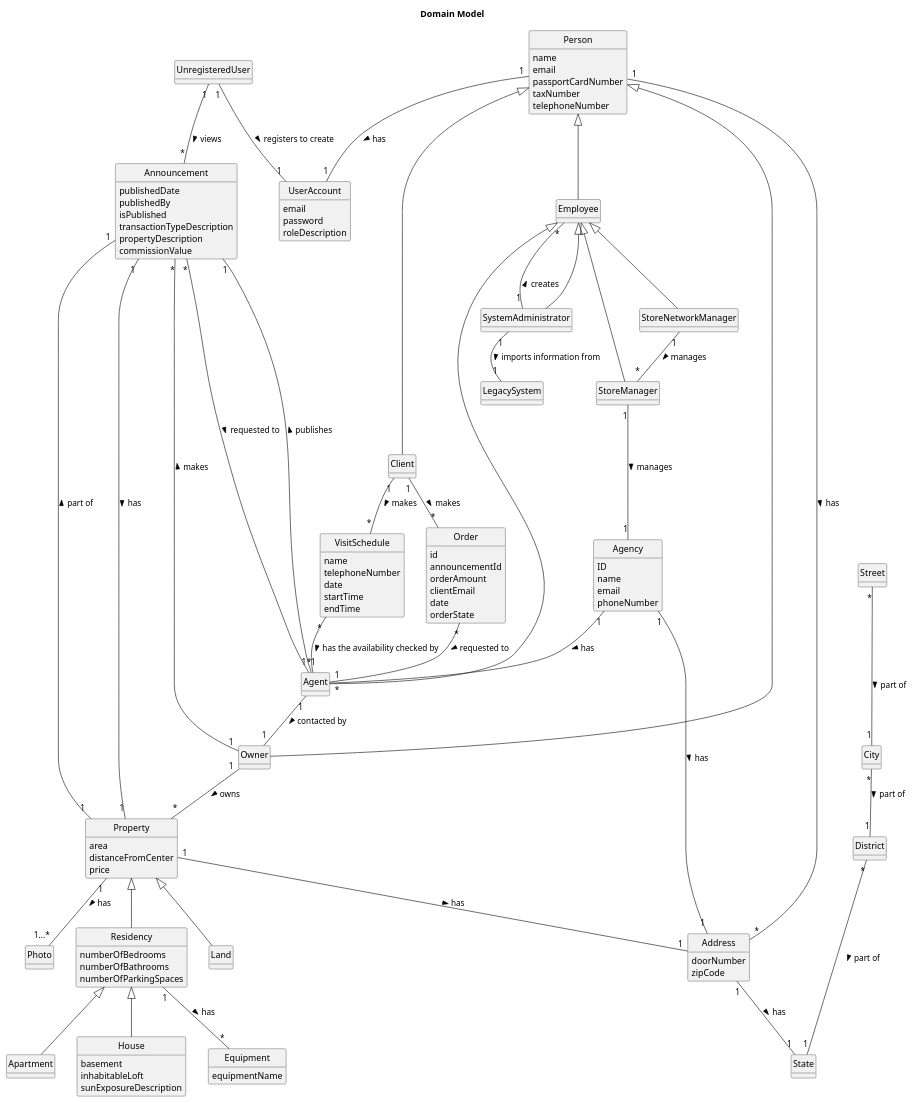
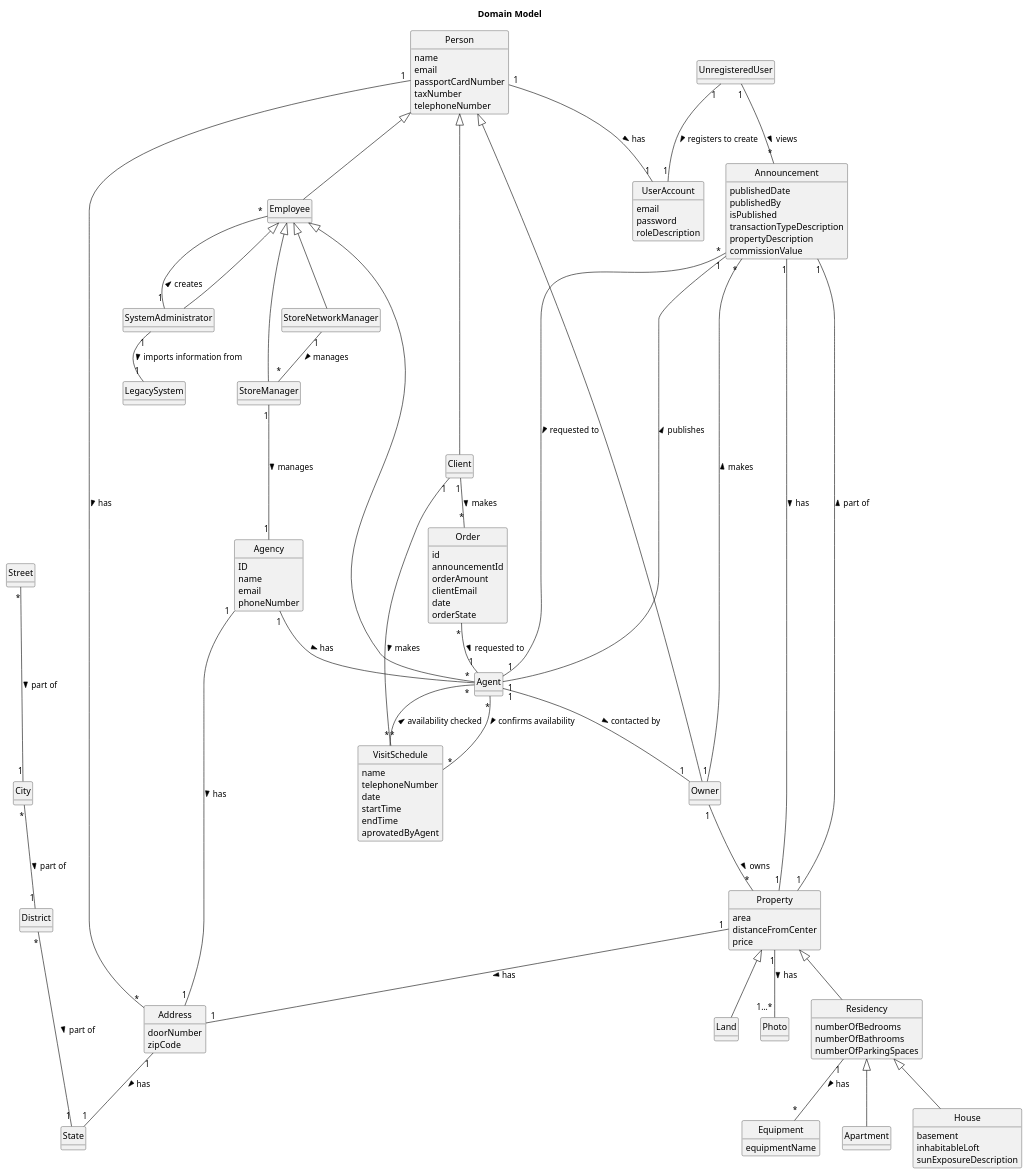
The diagram in docs/sprintC/global-artifacts/02.analysis/puml/project-domain-model.puml (Goncalves2525/real-estate-management-system), drawn with PlantUML before and after one commit. The commit also changed 5 other files, not shown here.

```diff
--- a/docs/sprintC/global-artifacts/02.analysis/puml/project-domain-model.puml
+++ b/docs/sprintC/global-artifacts/02.analysis/puml/project-domain-model.puml
@@ -1,177 +1,179 @@
 @startuml
 skinparam monochrome true
 skinparam packageStyle rectangle
 skinparam shadowing false
 skinparam classAttributeIconSize 0
 'skinparam linetype ortho
 hide circle
 hide methods
 
 title Domain Model
 
 class Client extends Person{
 }
 
 class Owner extends Person {
 }
 
 class Employee extends Person{
 }
 
 class Agent extends Employee{
 }
 
 class Order{
     id
     announcementId
     orderAmount
     clientEmail
     date
     orderState
 }
 
 class UserAccount {
     email
     password
     roleDescription
 }
 
 class Person{
     name
     email
     passportCardNumber
     taxNumber
     telephoneNumber
 }
 
 class Agency{
     ID
     name
     email
     phoneNumber
 }
 
 class Property{
     area
     distanceFromCenter
     price
 }
 
 class Photo {
 }
 
 class Address{
     doorNumber
     zipCode
 }
 
 
 class City{
 }
 
 class District{
 }
 
 class State{
 }
 
 class Street{
 }
 
 class Apartment extends Residency{
 }
 
 class House extends Residency{
     basement
     inhabitableLoft
     sunExposureDescription
 
 }
 
 class Residency extends Property{
     numberOfBedrooms
     numberOfBathrooms
     numberOfParkingSpaces
 
 }
 
 class Announcement{
     publishedDate
     publishedBy
     isPublished
     transactionTypeDescription
     propertyDescription
     commissionValue
 }
 
 
 
 
 class Land extends Property{
 }
 
 class Equipment{
     equipmentName
 }
 
 
 
 class SystemAdministrator extends Employee{
 }
 
 class StoreManager extends Employee{
 }
 
 class StoreNetworkManager extends Employee{
 }
 
 
 
 class UnregisteredUser{
 }
 
 class VisitSchedule{
     name
     telephoneNumber
     date
     startTime
     endTime
+    aprovatedByAgent
 }
 
 class LegacySystem{
 }
 
 'class Request{
 '}
 
 UnregisteredUser "1" -- "1" UserAccount : registers to create >
 Agent "1" -- "1" Announcement: publishes >
 StoreNetworkManager "1" -- "*" StoreManager: manages >
 Agency "1" -- "*" Agent: has >
 SystemAdministrator "1" -- "*" Employee: creates >
 
 Agent "1" -- "1" Owner : contacted by >
 Owner "1" -- "*" Property: owns >
 Owner "1" -- "*" Announcement: makes >
 Announcement "*" -- "1" Agent: requested to >
 Announcement "1" - "1" Property: has >
 Address "1" -- "1" State : has >
 City "*" -- "1" District : part of >
 District "*" --- "1" State : part of >
 Property "1" -- "1...*" Photo: has >
 Residency "1" -- "*" Equipment: has >
 Announcement "1" -- "1" Property: part of <
 Person "1" -- "*" Address: has >
 Property "1" -- "1" Address: has >
 StoreManager "1" --- "1" Agency: manages >
 Agency "1" -- "1" Address: has >
 UnregisteredUser "1" -- "*" Announcement: views >
 Client "1" -- "*" Order : makes >
 Order "*" -- "1" Agent : requested to >
 Street "*" --- "1" City : part of >
 Person "1" -- "1" UserAccount: has >
 Client "1" -- "*" VisitSchedule : makes >
-VisitSchedule "*" -- "*" Agent : has the availability checked by >
+VisitSchedule "*" -- "*" Agent : availability checked >
+Agent "*" -- "*" VisitSchedule : confirms availability >
 SystemAdministrator "1" -- "1" LegacySystem : imports information from >
 
 @enduml
```
